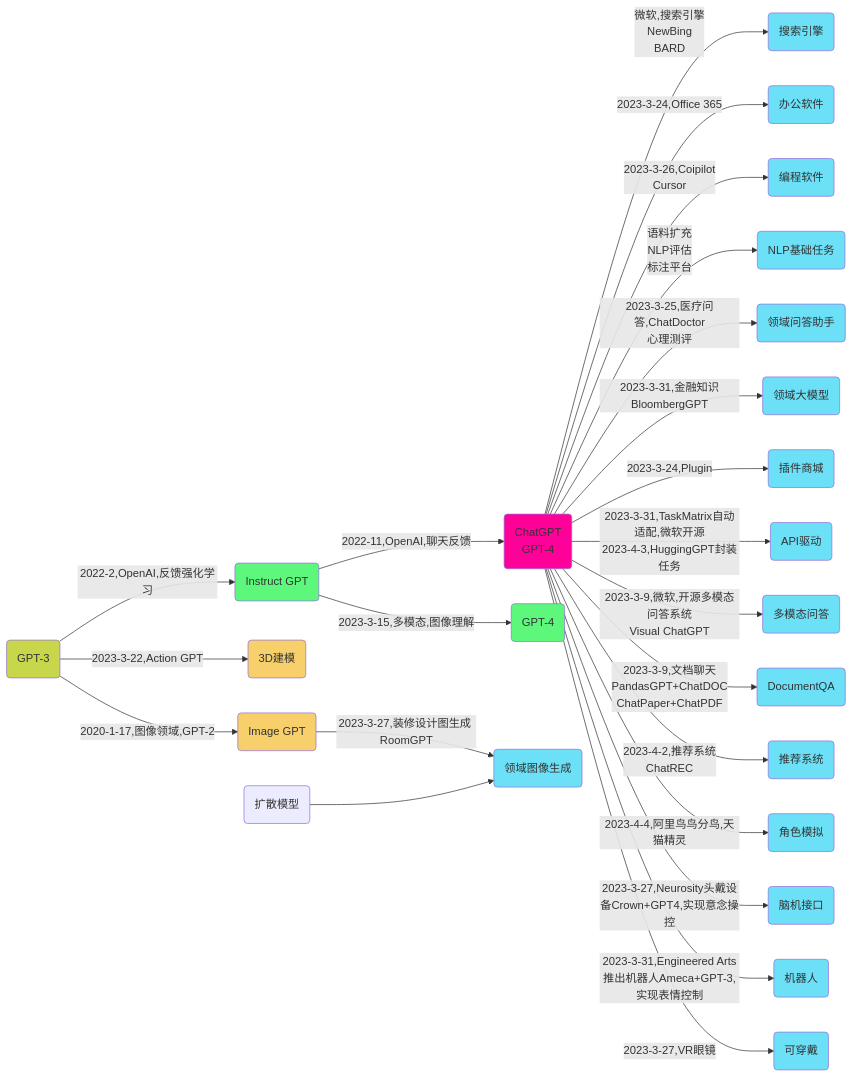
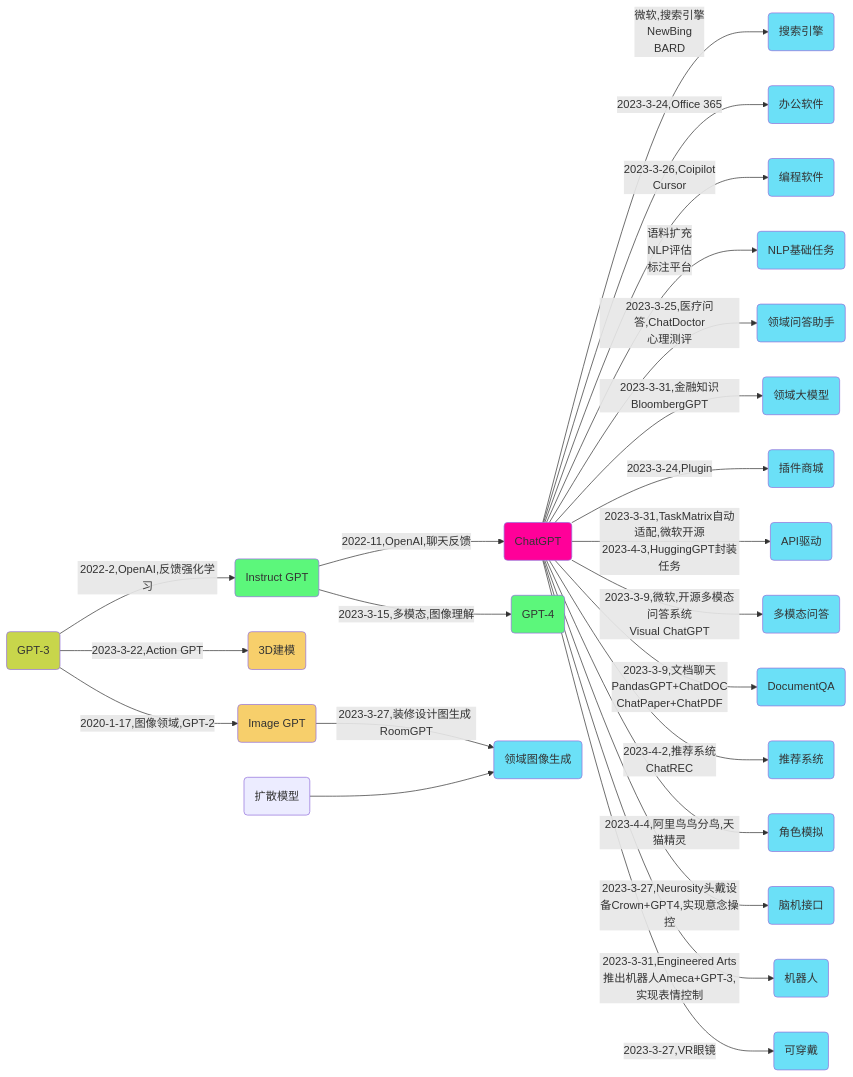
One commit to Gaohaoyang/gaohaoyang.github.io changed the diagram in _posts/2023-03-30-chatgpt-application.md. Above: the diagram before and after it, drawn with Mermaid. The commit also changed other lines of this file, not shown here.

Commit message:
移动内容位置

```diff
--- a/_posts/2023-03-30-chatgpt-application.md
+++ b/_posts/2023-03-30-chatgpt-application.md
@@ -488,36 +120,36 @@
 <div class="mermaid">
     flowchart LR
     %% 节点颜色
     classDef red fill:#F09;
     classDef green fill:#5CF77B;
     classDef blue fill:#6BE0F7;
     classDef orange fill:#F7CF6B;
     classDef grass fill:#C8D64B;
     %%节点关系定义
     D(GPT-3):::grass
     D-->|2022-2,OpenAI,反馈强化学习|E(Instruct GPT):::green
-    E-->|2022-11,OpenAI,聊天反馈|F(ChatGPT\nGPT-4):::red
+    E-->|2022-11,OpenAI,聊天反馈|F(ChatGPT):::red
     E-->|2023-3-15,多模态,图像理解|G(GPT-4):::green
 
     D-->|2023-3-22,Action GPT|A(3D建模):::orange
     D-->|2020-1-17,图像领域,GPT-2|IG(Image GPT):::orange
 
     F-->|微软,搜索引擎\nNewBing\nBARD|F00(搜索引擎):::blue
     F-->|2023-3-24,Office 365|F01(办公软件):::blue
     F-->|2023-3-26,Coipilot\nCursor|F02(编程软件):::blue
     F-->|语料扩充\nNLP评估\n标注平台|F03(NLP基础任务):::blue
     F-->|2023-3-25,医疗问答,ChatDoctor\n心理测评|F1(领域问答助手):::blue
     IG-->|2023-3-27,装修设计图生成 RoomGPT|F2(领域图像生成):::blue
     V(扩散模型)-->F2
     F-->|2023-3-31,金融知识BloombergGPT|F3(领域大模型):::blue
     F-->|2023-3-24,Plugin|F4(插件商城):::blue
     F-->|2023-3-31,TaskMatrix自动适配,微软开源\n2023-4-3,HuggingGPT封装任务|F5(API驱动):::blue
 
     F-->|2023-3-9,微软,开源多模态问答系统\nVisual ChatGPT|F7(多模态问答):::blue
     F-->|2023-3-9,文档聊天\nPandasGPT+ChatDOC\nChatPaper+ChatPDF|F8(DocumentQA):::blue
     F-->|2023-4-2,推荐系统\nChatREC|F9(推荐系统):::blue
     F-->|2023-4-4,阿里鸟鸟分鸟,天猫精灵|F10(角色模拟):::blue
     F-->|2023-3-27,Neurosity头戴设备Crown+GPT4,实现意念操控|F11(脑机接口):::blue
     F-->|2023-3-31,Engineered Arts推出机器人Ameca+GPT-3,实现表情控制|F12(机器人):::blue
     F-->|2023-3-27,VR眼镜|F13(可穿戴):::blue
 </div>
```
